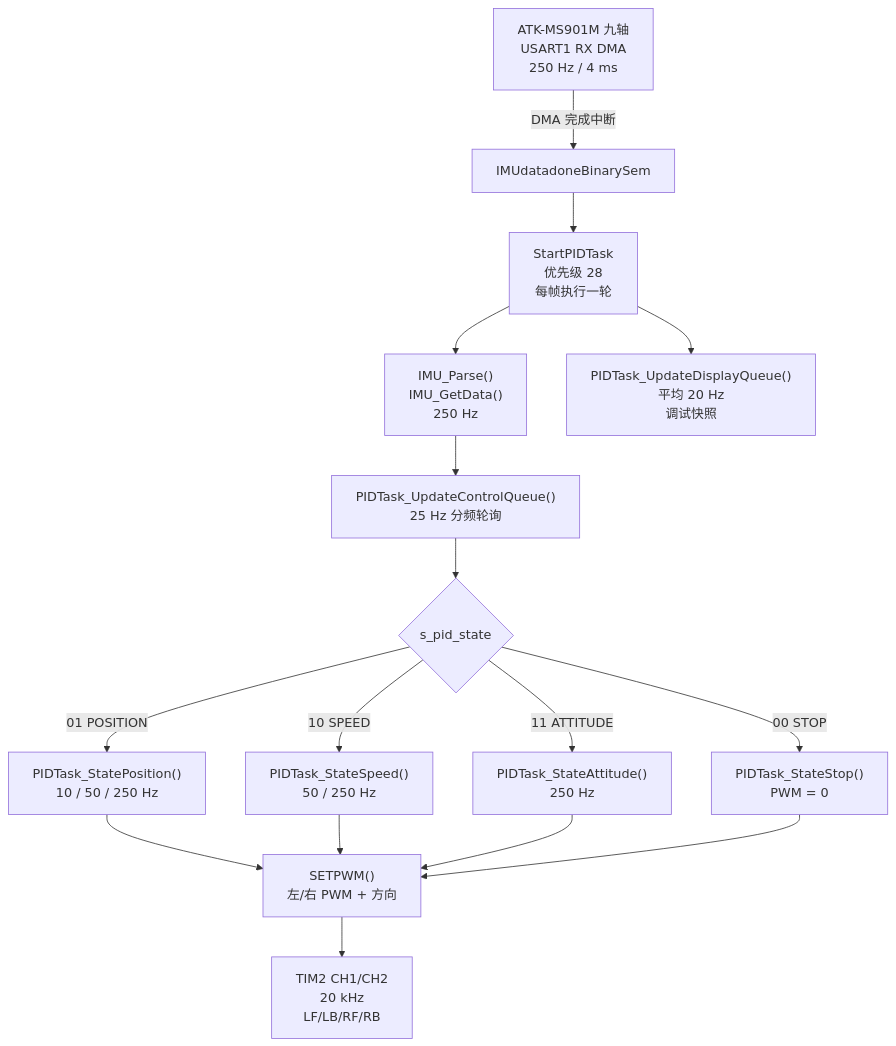
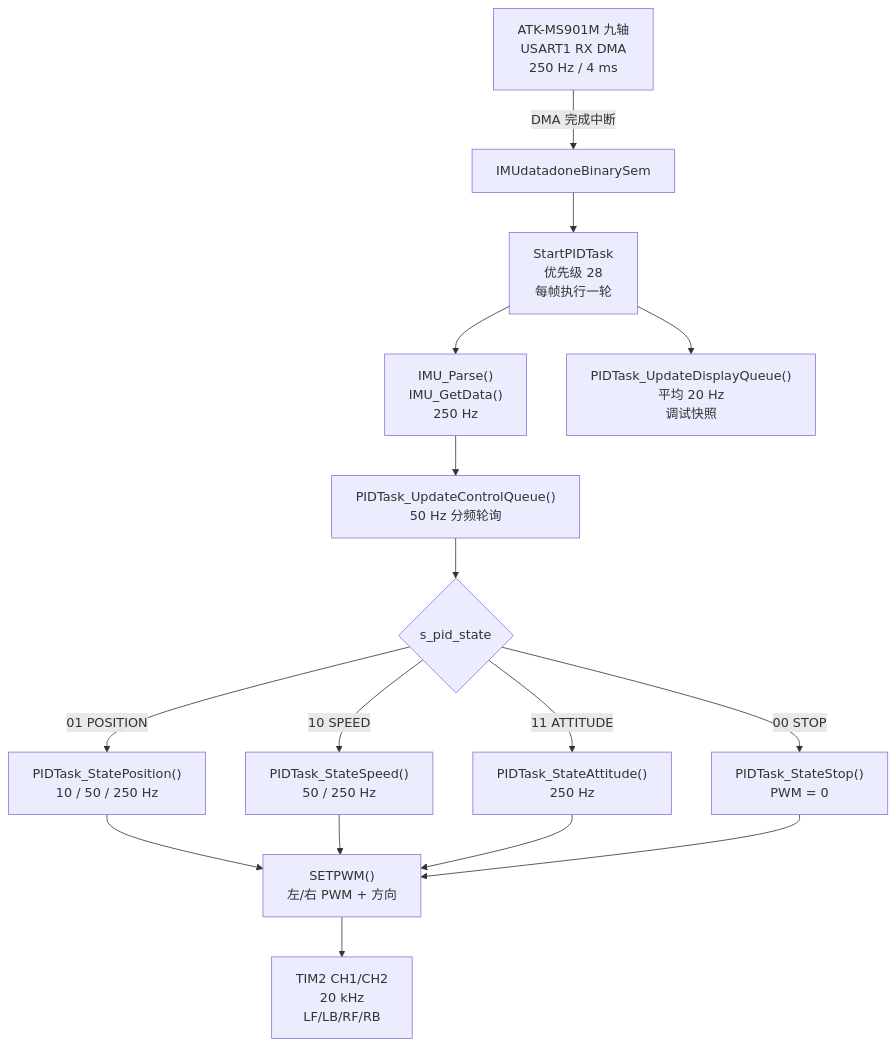
Before and after one commit to zitzengzit-png/CQUelectest2026: the first of 5 diagrams in prj/elet2026/tasks/PID_CONTROL_DIAGRAM.md, drawn with Mermaid. The commit also changed other lines of this file and 6 other files, not shown here.

````diff
--- a/prj/elet2026/tasks/PID_CONTROL_DIAGRAM.md
+++ b/prj/elet2026/tasks/PID_CONTROL_DIAGRAM.md
@@ -9,18 +9,18 @@
 ```mermaid
 flowchart TD
     IMU["ATK-MS901M 九轴<br/>USART1 RX DMA<br/>250 Hz / 4 ms"] -->|"DMA 完成中断"| SEM["IMUdatadoneBinarySem"]
     SEM --> PID["StartPIDTask<br/>优先级 28<br/>每帧执行一轮"]
     PID --> PARSE["IMU_Parse()<br/>IMU_GetData()<br/>250 Hz"]
-    PARSE --> CQ["PIDTask_UpdateControlQueue()<br/>25 Hz 分频轮询"]
+    PARSE --> CQ["PIDTask_UpdateControlQueue()<br/>50 Hz 分频轮询"]
     CQ --> STATE{"s_pid_state"}
     STATE -->|"00 STOP"| STOP["PIDTask_StateStop()<br/>PWM = 0"]
     STATE -->|"01 POSITION"| POS["PIDTask_StatePosition()<br/>10 / 50 / 250 Hz"]
     STATE -->|"10 SPEED"| SPD["PIDTask_StateSpeed()<br/>50 / 250 Hz"]
     STATE -->|"11 ATTITUDE"| ATT["PIDTask_StateAttitude()<br/>250 Hz"]
     POS --> OUT["SETPWM()<br/>左/右 PWM + 方向"]
     SPD --> OUT
     ATT --> OUT
     STOP --> OUT
     PID --> LCD["PIDTask_UpdateDisplayQueue()<br/>平均 20 Hz<br/>调试快照"]
     OUT --> MOTOR["TIM2 CH1/CH2<br/>20 kHz<br/>LF/LB/RF/RB"]
 ```
````
